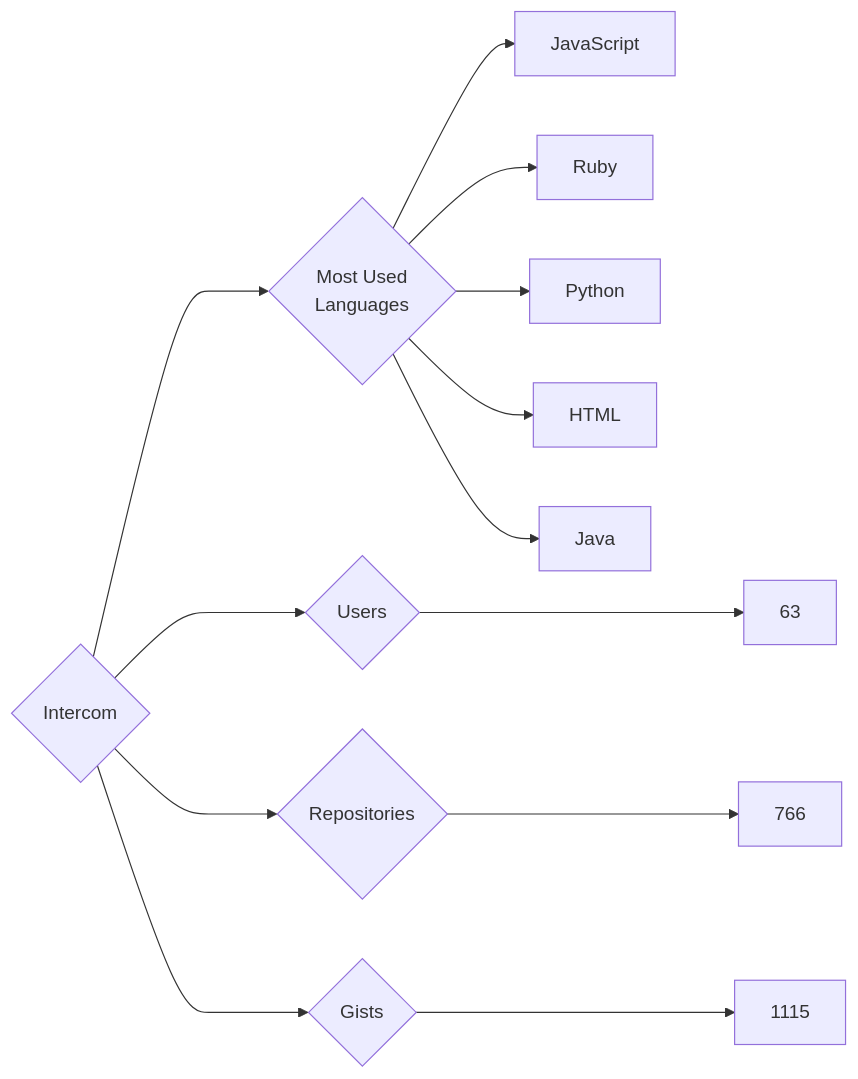
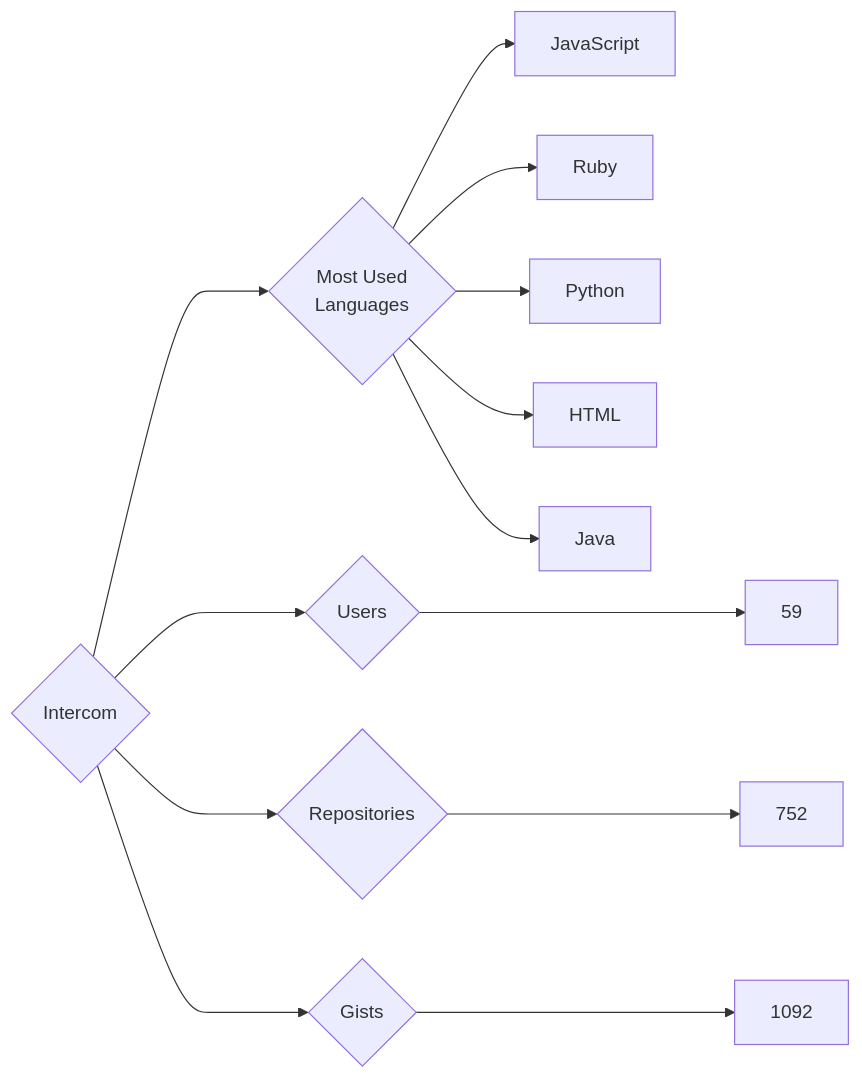
One commit to trickest/insiders changed the diagram in targets/Intercom/README.md. Above: the diagram before and after it, drawn with Mermaid. The commit also changed 809 other files, not shown here.

````diff
--- a/targets/Intercom/README.md
+++ b/targets/Intercom/README.md
@@ -3,13 +3,13 @@
 ```mermaid
 graph LR
 COMPANY_NAME{Intercom}
-COMPANY_NAME ---> U{Users} ---> UN[63]
-COMPANY_NAME ---> R{Repositories} ---> RN[766]
-COMPANY_NAME ---> G{Gists} ---> GN[1115]
+COMPANY_NAME ---> U{Users} ---> UN[59]
+COMPANY_NAME ---> R{Repositories} ---> RN[752]
+COMPANY_NAME ---> G{Gists} ---> GN[1092]
 COMPANY_NAME ---> ML{Most Used<br>Languages}
 ML --> JavaScript[JavaScript]
 ML --> Ruby[Ruby]
 ML --> Python[Python]
 ML --> HTML[HTML]
 ML --> Java[Java]
 ```
````
